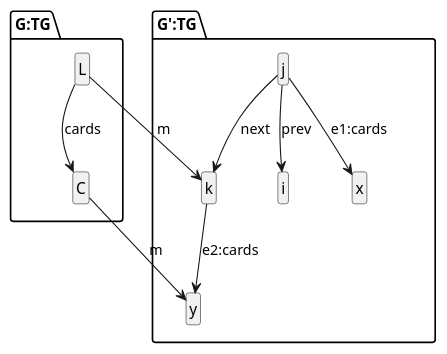
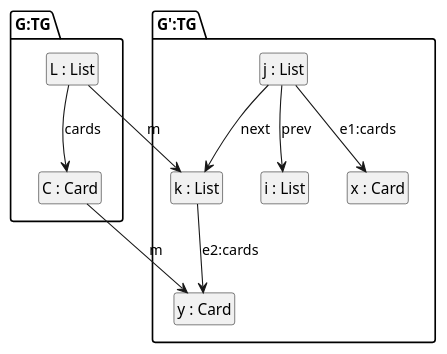
Before and after one commit to anthonyanjorin/fmde: the diagram in FMDE/diagrams/ex3/expected/tgraph_match_1.pretty.plantuml, drawn with PlantUML. The commit also changed 2 other files, not shown here.

```diff
--- a/FMDE/diagrams/ex3/expected/tgraph_match_1.pretty.plantuml
+++ b/FMDE/diagrams/ex3/expected/tgraph_match_1.pretty.plantuml
@@ -1,20 +1,20 @@
 @startuml
 skinparam shadowing false
 hide members
 hide circle
-class "G:TG.L"
-class "G:TG.C"
-"G:TG.L"-->"G:TG.C" : "cards"
-class "G':TG.i"
-class "G':TG.j"
-class "G':TG.k"
-class "G':TG.x"
-class "G':TG.y"
-"G':TG.j"-->"G':TG.i" : "prev"
-"G':TG.j"-->"G':TG.k" : "next"
-"G':TG.j"-->"G':TG.x" : "e1:cards"
-"G':TG.k"-->"G':TG.y" : "e2:cards"
+class "G:TG.L : List"
+class "G:TG.C : Card"
+"G:TG.L : List"-->"G:TG.C : Card" : "cards"
+class "G':TG.i : List"
+class "G':TG.j : List"
+class "G':TG.k : List"
+class "G':TG.x : Card"
+class "G':TG.y : Card"
+"G':TG.j : List"-->"G':TG.i : List" : "prev"
+"G':TG.j : List"-->"G':TG.k : List" : "next"
+"G':TG.j : List"-->"G':TG.x : Card" : "e1:cards"
+"G':TG.k : List"-->"G':TG.y : Card" : "e2:cards"
 
-"G:TG.L" --> "G':TG.k" : "m"
-"G:TG.C" --> "G':TG.y" : "m"
+"G:TG.L : List" --> "G':TG.k : List" : "m"
+"G:TG.C : Card" --> "G':TG.y : Card" : "m"
 @enduml
```
